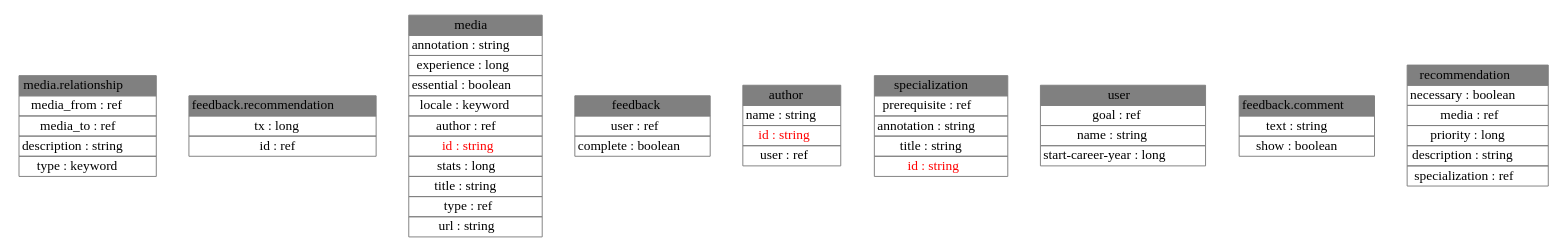
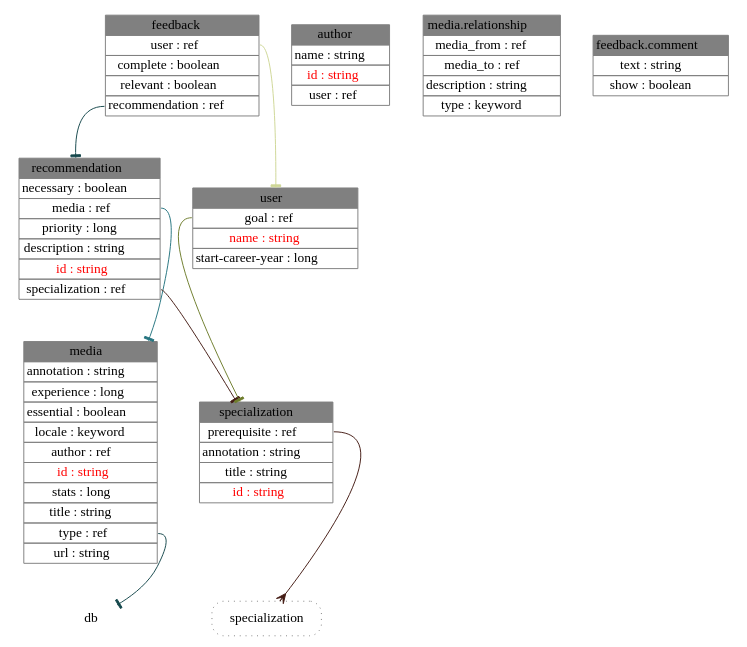
The diagram in kmg-schema.dot (alexpetrov/kmg), drawn with Graphviz before and after one commit. The commit also changed 2 other files, not shown here.

```diff
--- a/kmg-schema.dot
+++ b/kmg-schema.dot
@@ -1,12 +1,19 @@
 digraph {
 node [shape=plaintext];
+media [label=<<table border="0" cellborder="1" cellspacing="0" color="#808080" port="media"><tr><td bgcolor="gray">media</td></tr><tr><td>annotation : string</td></tr><tr><td>experience : long</td></tr><tr><td>essential : boolean</td></tr><tr><td>locale : keyword</td></tr><tr><td port="author">author : ref</td></tr><tr><td><font color="red">id : string</font></td></tr><tr><td>stats : long</td></tr><tr><td>title : string</td></tr><tr><td port="type">type : ref</td></tr><tr><td>url : string</td></tr></table>>];
+recommendation [label=<<table border="0" cellborder="1" cellspacing="0" color="#808080" port="recommendation"><tr><td bgcolor="gray">recommendation</td></tr><tr><td>necessary : boolean</td></tr><tr><td port="media">media : ref</td></tr><tr><td>priority : long</td></tr><tr><td>description : string</td></tr><tr><td><font color="red">id : string</font></td></tr><tr><td port="specialization">specialization : ref</td></tr></table>>];
+specialization [label=<<table border="0" cellborder="1" cellspacing="0" color="#808080" port="specialization"><tr><td bgcolor="gray">specialization</td></tr><tr><td port="prerequisite">prerequisite : ref</td></tr><tr><td>annotation : string</td></tr><tr><td>title : string</td></tr><tr><td><font color="red">id : string</font></td></tr></table>>];
+feedback [label=<<table border="0" cellborder="1" cellspacing="0" color="#808080" port="feedback"><tr><td bgcolor="gray">feedback</td></tr><tr><td port="user">user : ref</td></tr><tr><td>complete : boolean</td></tr><tr><td>relevant : boolean</td></tr><tr><td port="recommendation">recommendation : ref</td></tr></table>>];
+author [label=<<table border="0" cellborder="1" cellspacing="0" color="#808080" port="author"><tr><td bgcolor="gray">author</td></tr><tr><td>name : string</td></tr><tr><td><font color="red">id : string</font></td></tr><tr><td port="user">user : ref</td></tr></table>>];
 "media.relationship" [label=<<table border="0" cellborder="1" cellspacing="0" color="#808080" port="media.relationship"><tr><td bgcolor="gray">media.relationship</td></tr><tr><td port="media_from">media_from : ref</td></tr><tr><td port="media_to">media_to : ref</td></tr><tr><td>description : string</td></tr><tr><td>type : keyword</td></tr></table>>];
-"feedback.recommendation" [label=<<table border="0" cellborder="1" cellspacing="0" color="#808080" port="feedback.recommendation"><tr><td bgcolor="gray">feedback.recommendation</td></tr><tr><td>tx : long</td></tr><tr><td port="id">id : ref</td></tr></table>>];
-media [label=<<table border="0" cellborder="1" cellspacing="0" color="#808080" port="media"><tr><td bgcolor="gray">media</td></tr><tr><td>annotation : string</td></tr><tr><td>experience : long</td></tr><tr><td>essential : boolean</td></tr><tr><td>locale : keyword</td></tr><tr><td port="author">author : ref</td></tr><tr><td><font color="red">id : string</font></td></tr><tr><td>stats : long</td></tr><tr><td>title : string</td></tr><tr><td port="type">type : ref</td></tr><tr><td>url : string</td></tr></table>>];
-feedback [label=<<table border="0" cellborder="1" cellspacing="0" color="#808080" port="feedback"><tr><td bgcolor="gray">feedback</td></tr><tr><td port="user">user : ref</td></tr><tr><td>complete : boolean</td></tr></table>>];
-author [label=<<table border="0" cellborder="1" cellspacing="0" color="#808080" port="author"><tr><td bgcolor="gray">author</td></tr><tr><td>name : string</td></tr><tr><td><font color="red">id : string</font></td></tr><tr><td port="user">user : ref</td></tr></table>>];
-specialization [label=<<table border="0" cellborder="1" cellspacing="0" color="#808080" port="specialization"><tr><td bgcolor="gray">specialization</td></tr><tr><td port="prerequisite">prerequisite : ref</td></tr><tr><td>annotation : string</td></tr><tr><td>title : string</td></tr><tr><td><font color="red">id : string</font></td></tr></table>>];
-user [label=<<table border="0" cellborder="1" cellspacing="0" color="#808080" port="user"><tr><td bgcolor="gray">user</td></tr><tr><td port="goal">goal : ref</td></tr><tr><td>name : string</td></tr><tr><td>start-career-year : long</td></tr></table>>];
+user [label=<<table border="0" cellborder="1" cellspacing="0" color="#808080" port="user"><tr><td bgcolor="gray">user</td></tr><tr><td port="goal">goal : ref</td></tr><tr><td><font color="red">name : string</font></td></tr><tr><td>start-career-year : long</td></tr></table>>];
 "feedback.comment" [label=<<table border="0" cellborder="1" cellspacing="0" color="#808080" port="feedback.comment"><tr><td bgcolor="gray">feedback.comment</td></tr><tr><td>text : string</td></tr><tr><td>show : boolean</td></tr></table>>];
-recommendation [label=<<table border="0" cellborder="1" cellspacing="0" color="#808080" port="recommendation"><tr><td bgcolor="gray">recommendation</td></tr><tr><td>necessary : boolean</td></tr><tr><td port="media">media : ref</td></tr><tr><td>priority : long</td></tr><tr><td>description : string</td></tr><tr><td port="specialization">specialization : ref</td></tr></table>>];
+recommendation:specialization -> specialization:specialization [color="#441C14",arrowhead=tee];
+feedback:recommendation -> recommendation:recommendation [color="#15484C",arrowhead=tee];
+recommendation:media -> media:media [color="#257580",arrowhead=tee];
+user:goal -> specialization:specialization [color="#6E7D2C",arrowhead=tee];
+feedback:user -> user:user [color="#CED796",arrowhead=tee];
+specialization:prerequisite -> specialization_ref [color="#441C14",arrowhead=crow];
+media:type -> db:db [color="#15484C",arrowhead=tee];
+specialization_ref [label=specialization,shape=rectangle,style="dotted,rounded",color="#808080"];
 } 
```
